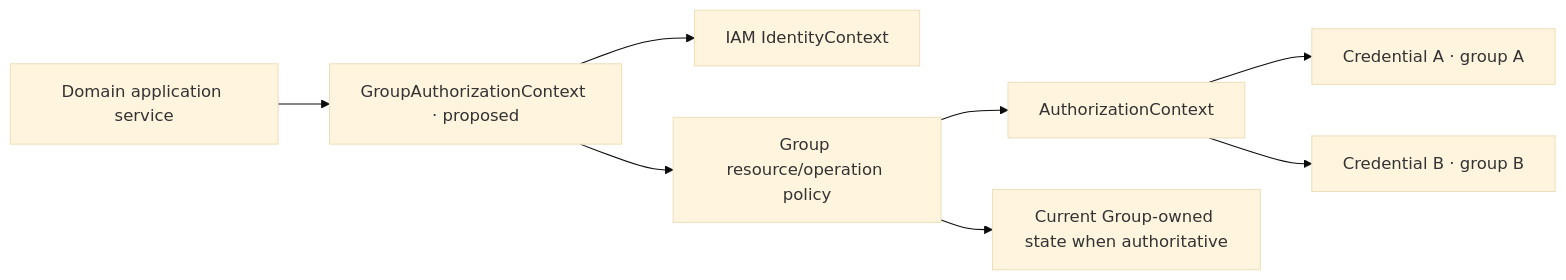
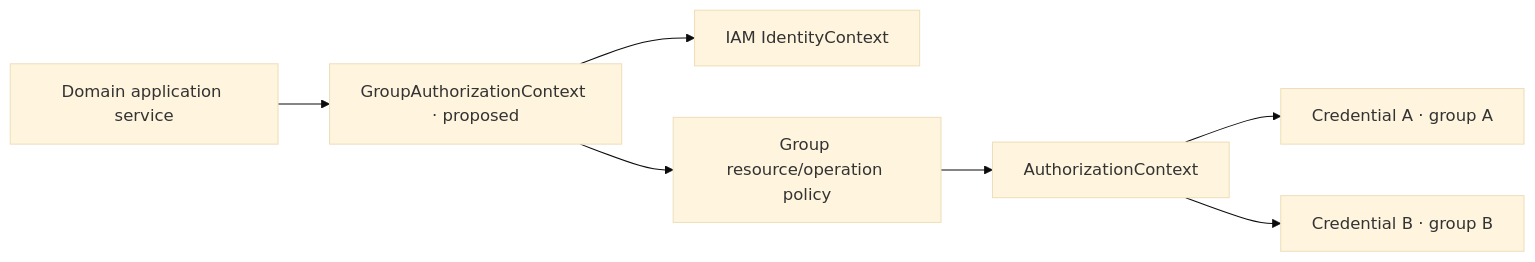
Before and after one commit to frederik-hoeft/min-favs-sharewise: the diagram in docs/stack/claims-context-proposal.md, drawn with Mermaid (base theme). The commit also changed other lines of this file and 6 other files, not shown here.

````diff
--- a/docs/stack/claims-context-proposal.md
+++ b/docs/stack/claims-context-proposal.md
@@ -69,10 +69,9 @@
 ```mermaid
 flowchart LR
     Service["Domain application service"] --> Semantic["GroupAuthorizationContext · proposed"]
     Semantic --> Identity["IAM IdentityContext"]
     Semantic --> Policy["Group resource/operation policy"]
     Policy --> Evidence["AuthorizationContext"]
     Evidence --> A["Credential A · group A"]
     Evidence --> B["Credential B · group B"]
-    Policy --> Owned["Current Group-owned state when authoritative"]
 ```
````
